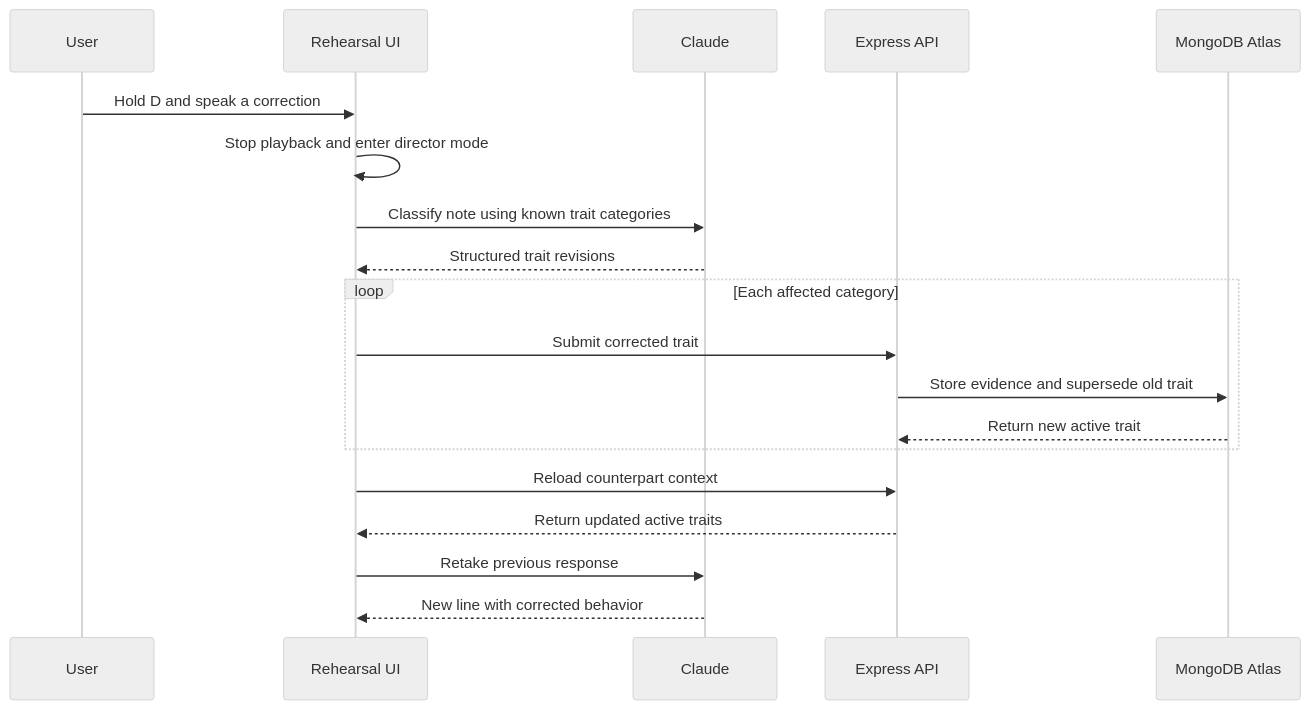
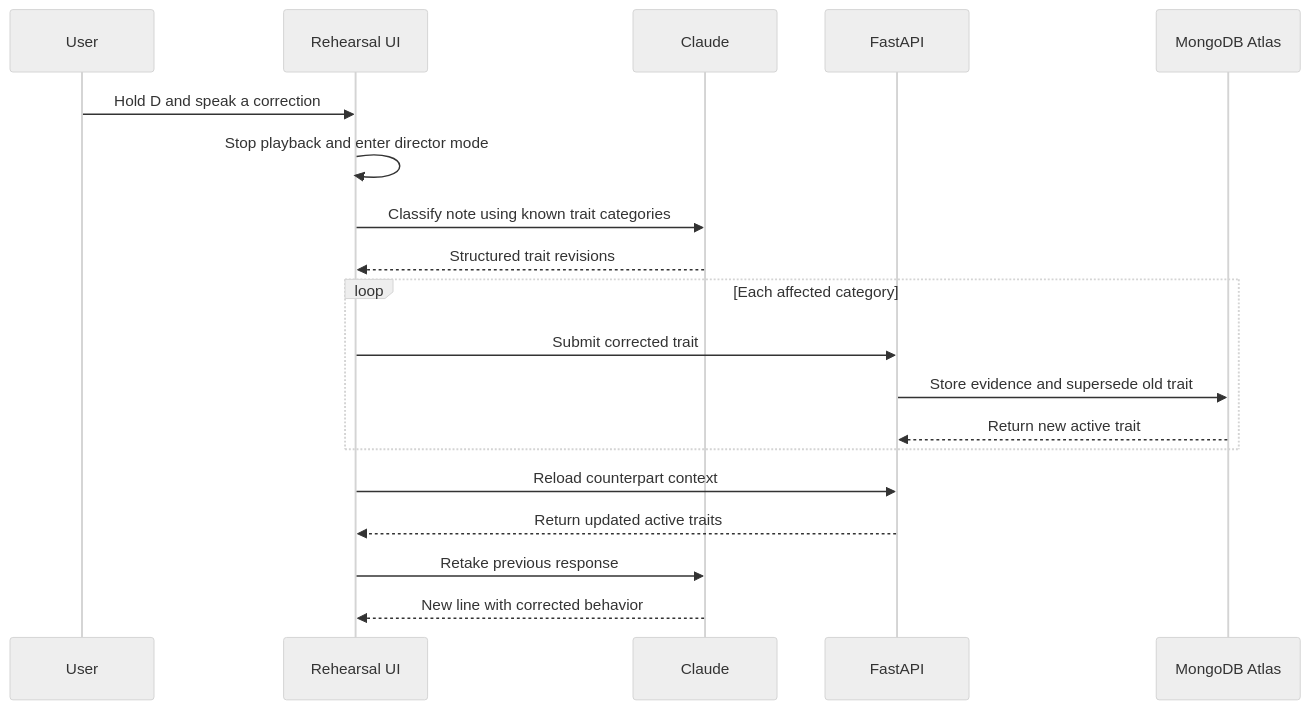
The second of 4 diagrams in README.md (assemkdv/mongodb-ai-hackathon), drawn with Mermaid (neutral theme) before and after one commit. The commit also changed other lines of this file and 40 other files, not shown here.

Commit message:
Rebuild backend in Python/FastAPI, add latency benchmark

````diff
--- a/README.md
+++ b/README.md
@@ -85,22 +85,22 @@
 ```mermaid
 sequenceDiagram
     participant User
     participant UI as Rehearsal UI
     participant Claude
-    participant API as Express API
+    participant API as FastAPI
     participant DB as MongoDB Atlas
 
     User->>UI: Hold D and speak a correction
     UI->>UI: Stop playback and enter director mode
     UI->>Claude: Classify note using known trait categories
     Claude-->>UI: Structured trait revisions
     loop Each affected category
         UI->>API: Submit corrected trait
         API->>DB: Store evidence and supersede old trait
         DB-->>API: Return new active trait
     end
     UI->>API: Reload counterpart context
     API-->>UI: Return updated active traits
     UI->>Claude: Retake previous response
     Claude-->>UI: New line with corrected behavior
 ```
````
